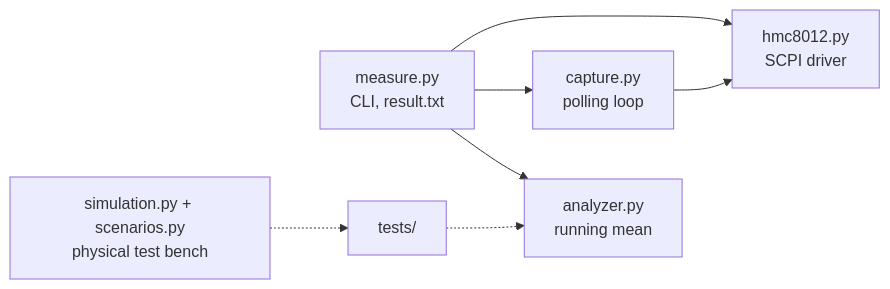
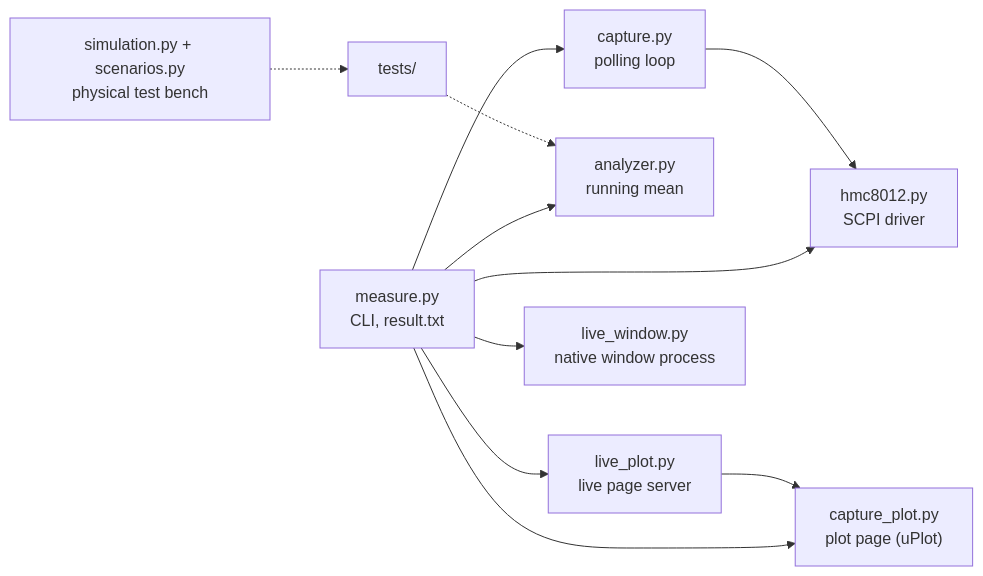
The diagram in README.md (YarinCardillo/hmc8012-measure), drawn with Mermaid before and after one commit. The commit also changed other lines of this file and 1 other file, not shown here.

First line of the commit message:
docs: document capture plots, fix console comments and the VBA capture flow

````diff
--- a/README.md
+++ b/README.md
@@ -122,9 +159,13 @@
 ```mermaid
 flowchart LR
     CLI["measure.py<br/>CLI, result.txt"] --> DRV["hmc8012.py<br/>SCPI driver"]
     CLI --> CAP["capture.py<br/>polling loop"]
     CAP --> DRV
     CLI --> ANA["analyzer.py<br/>running mean"]
+    CLI --> PLOT["capture_plot.py<br/>plot page (uPlot)"]
+    CLI --> LIVE["live_plot.py<br/>live page server"]
+    LIVE --> PLOT
+    CLI --> WIN["live_window.py<br/>native window process"]
     SIM["simulation.py + scenarios.py<br/>physical test bench"] -.-> TESTS["tests/"]
     TESTS -.-> ANA
 ```
````
